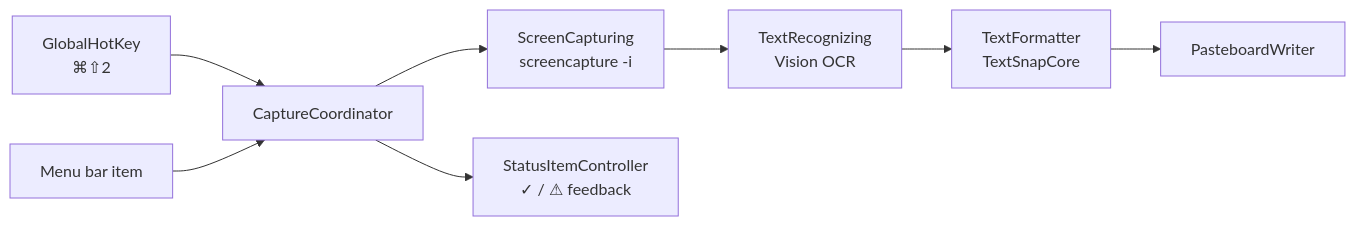
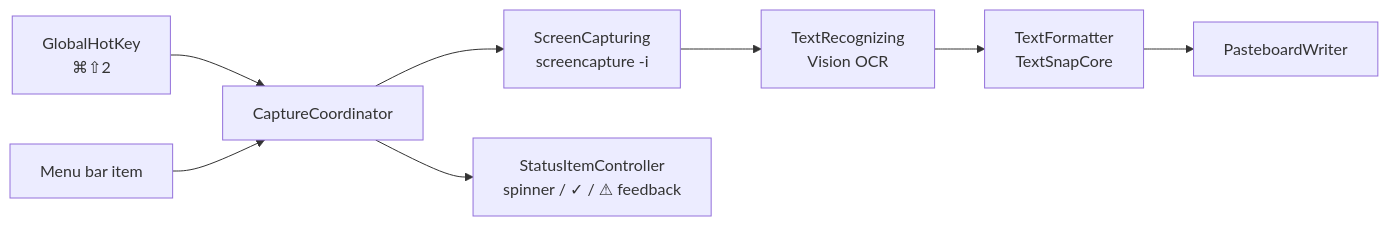
The diagram in docs/architecture.md (andrepg-dev/textsnap), drawn with Mermaid before and after one commit. The commit also changed other lines of this file and 1 other file, not shown here.

Commit message:
docs: describe the processing spinner

````diff
--- a/docs/architecture.md
+++ b/docs/architecture.md
@@ -14,10 +14,10 @@
 ```mermaid
 flowchart LR
     K[GlobalHotKey<br/>⌘⇧2] --> C[CaptureCoordinator]
     M[Menu bar item] --> C
     C --> S[ScreenCapturing<br/>screencapture -i]
     S --> R[TextRecognizing<br/>Vision OCR]
     R --> F[TextFormatter<br/>TextSnapCore]
     F --> P[PasteboardWriter]
-    C --> U[StatusItemController<br/>✓ / ⚠ feedback]
+    C --> U[StatusItemController<br/>spinner / ✓ / ⚠ feedback]
 ```
````
